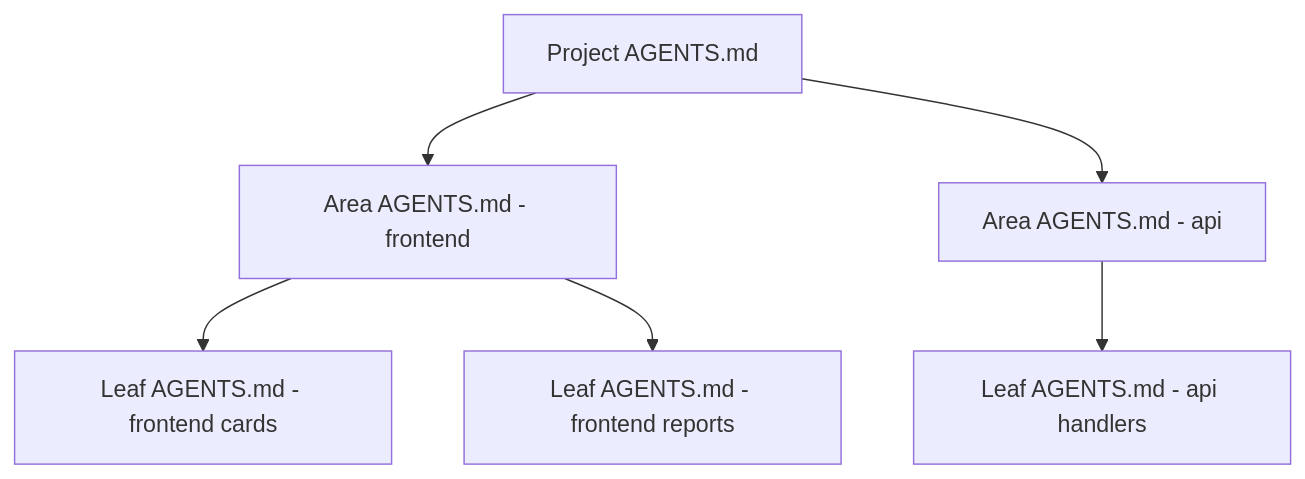
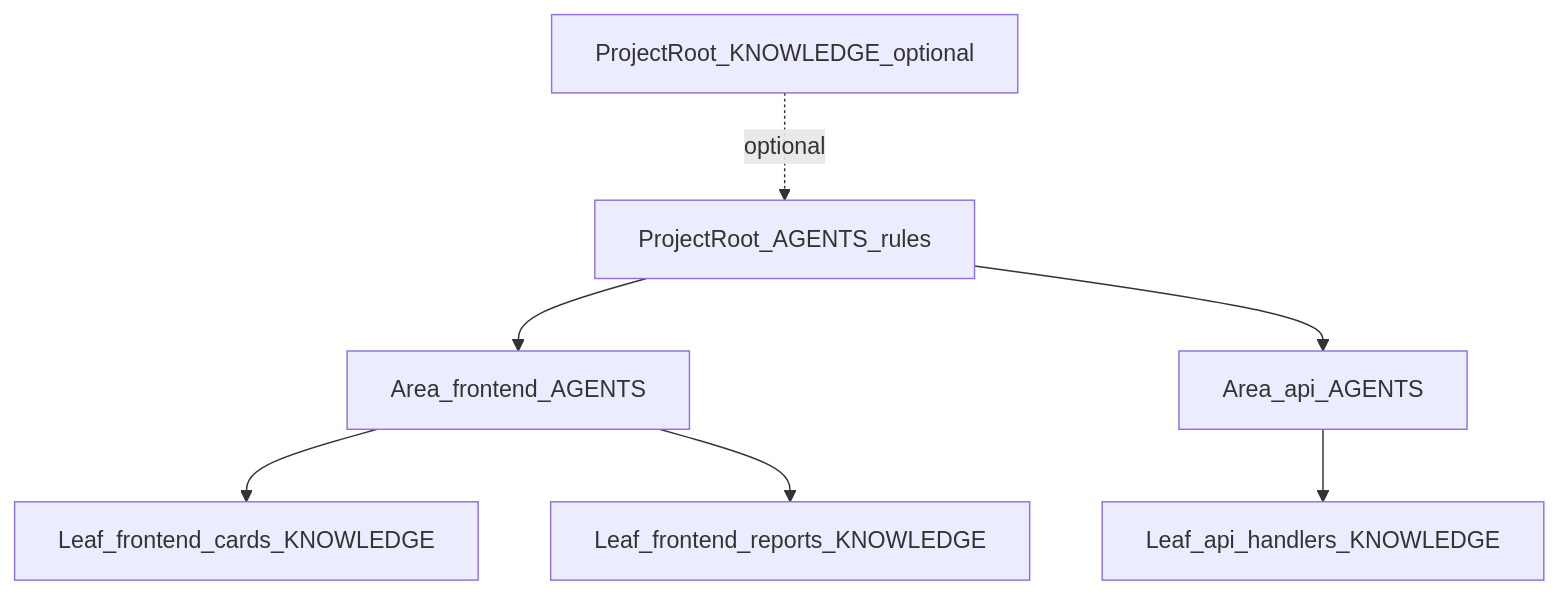
Before and after one commit to palaeologic/opencode-conductor: the first of 2 diagrams in docusaurus/knowledge/index.md, drawn with Mermaid. The commit also changed other lines of this file and 32 other files, not shown here.

First line of the commit message:
refactor: KNOWLEDGE.md as leaf canonical name, add areaKnowledgePath, fix hallucinated features

````diff
--- a/docusaurus/knowledge/index.md
+++ b/docusaurus/knowledge/index.md
@@ -12,15 +12,17 @@
 ```mermaid
 flowchart TB
-  Project[Project AGENTS.md]
-  Area1[Area AGENTS.md - frontend]
-  Area2[Area AGENTS.md - api]
-  Leaf1[Leaf AGENTS.md - frontend cards]
-  Leaf2[Leaf AGENTS.md - frontend reports]
-  Leaf3[Leaf AGENTS.md - api handlers]
+  ProjectRules[ProjectRoot_AGENTS_rules]
+  ProjectFacts[ProjectRoot_KNOWLEDGE_optional]
+  Area1[Area_frontend_AGENTS]
+  Area2[Area_api_AGENTS]
+  Leaf1[Leaf_frontend_cards_KNOWLEDGE]
+  Leaf2[Leaf_frontend_reports_KNOWLEDGE]
+  Leaf3[Leaf_api_handlers_KNOWLEDGE]
 
-  Project --> Area1
-  Project --> Area2
+  ProjectRules --> Area1
+  ProjectRules --> Area2
+  ProjectFacts -. optional .-> ProjectRules
   Area1 --> Leaf1
   Area1 --> Leaf2
   Area2 --> Leaf3
 ```
````
